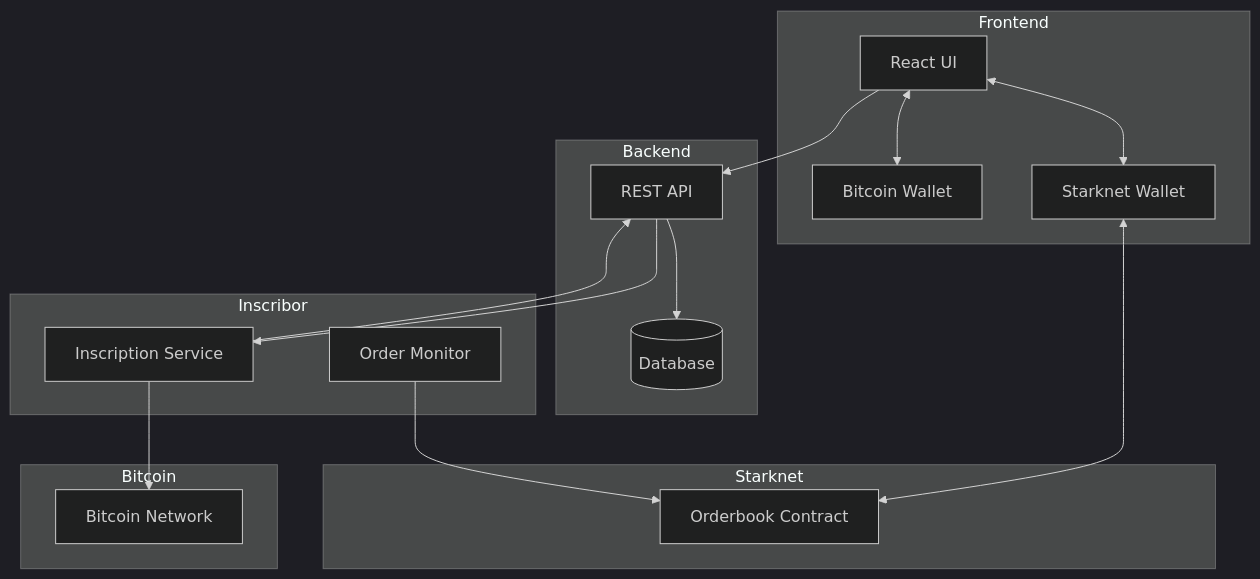
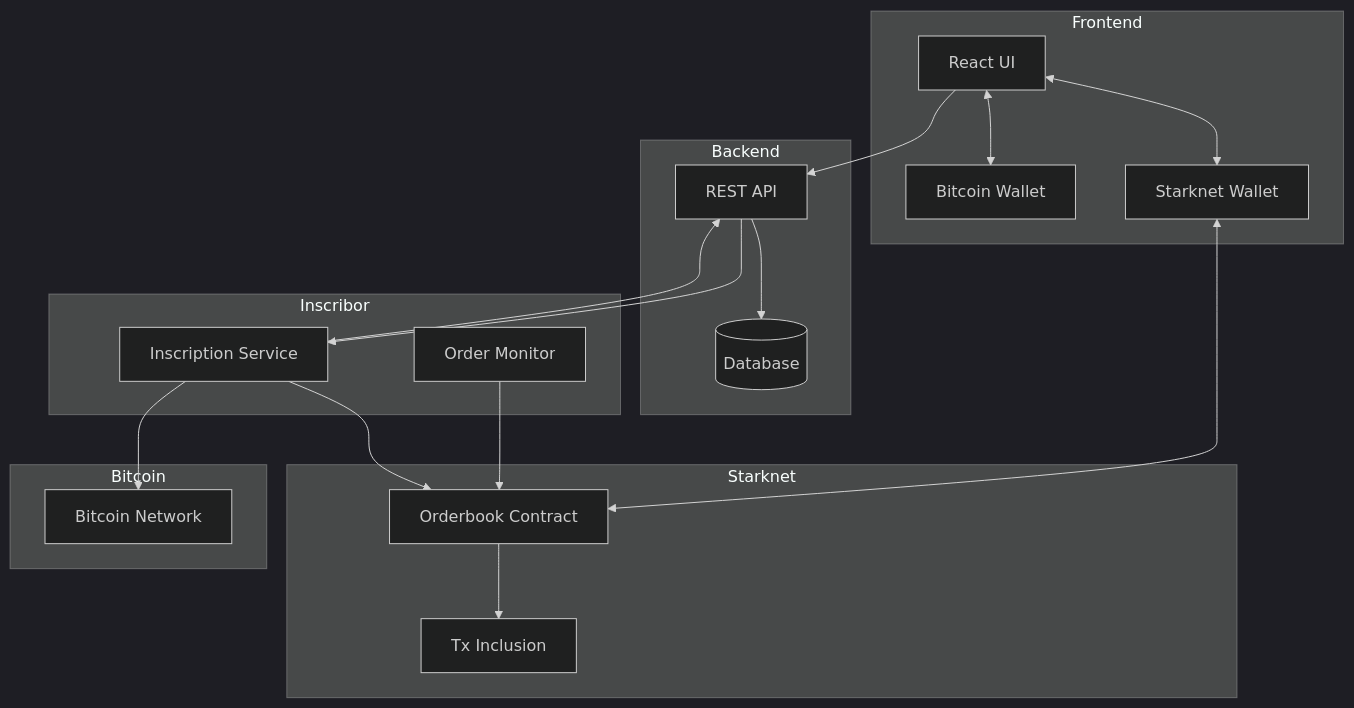
Before and after one commit to keep-starknet-strange/broly: the diagram in README.md, drawn with Mermaid (dark theme). The commit also changed other lines of this file, not shown here.

````diff
--- a/README.md
+++ b/README.md
@@ -22,36 +36,39 @@
 ```mermaid
 flowchart TB
     subgraph Frontend
         UI[React UI]
         BW[Bitcoin Wallet]
         SW[Starknet Wallet]
     end
 
     subgraph Backend
         API[REST API]
         DB[(Database)]
     end
 
     subgraph Starknet
         OB[Orderbook Contract]
+        TI[Tx Inclusion]
     end
 
     subgraph Bitcoin
         BTC[Bitcoin Network]
     end
 
     subgraph Inscribor
         IS[Inscription Service]
         OM[Order Monitor]
     end
 
     UI --> API
     UI <--> BW
     UI <--> SW
     API --> DB
     SW <--> OB
     IS --> BTC
     OM --> OB
+    OB --> TI
     API --> IS
     IS --> API
+    IS --> OB
 ```
````
